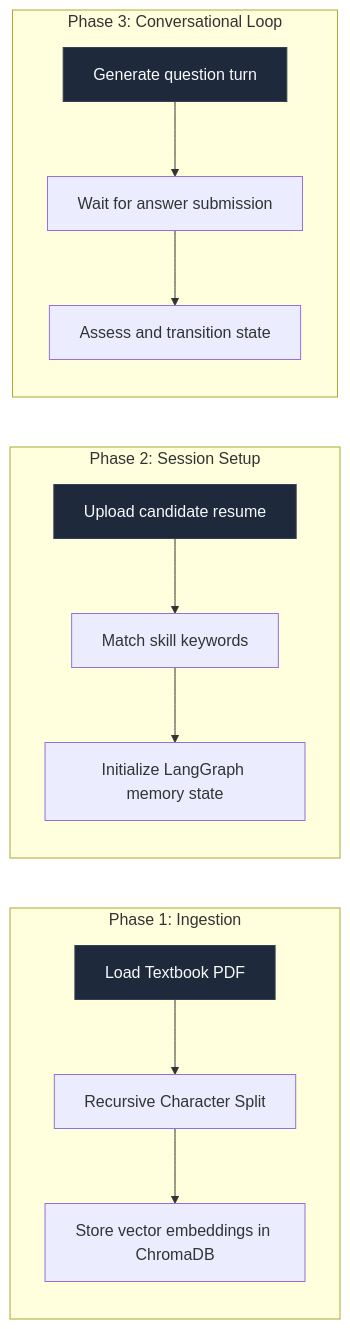
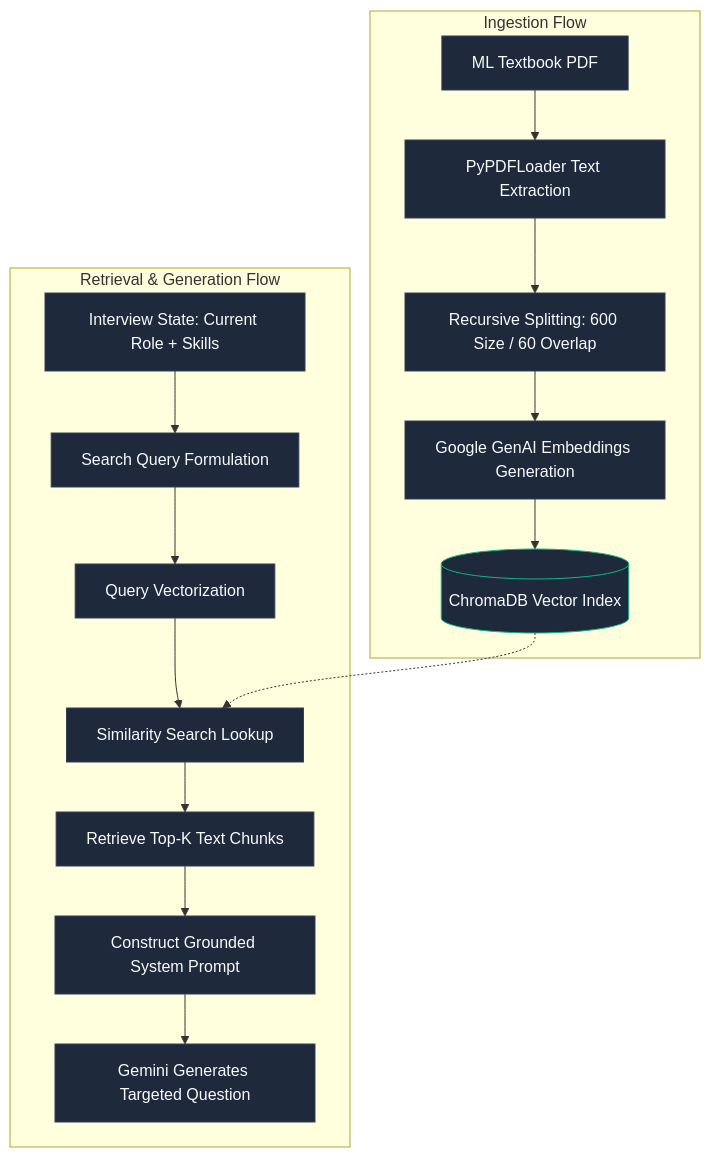
One commit to abhayshaw1601/AGI-Screener changed the third of 3 diagrams in README.md. Above: the diagram before and after it, drawn with Mermaid. The commit also changed other lines of this file, not shown here.

Commit message:
Docs: Replaced Screening Lifecycle flowchart with structured RAG Ingestion and Retrieval flowchart in README

````diff
--- a/README.md
+++ b/README.md
@@ -112,18 +112,22 @@
 ```mermaid
-graph LR
-    subgraph Phase 1: Ingestion
-        A1[Load Textbook PDF] --> A2[Recursive Character Split] --> A3[Store vector embeddings in ChromaDB]
+flowchart TD
+    classDef process fill:#1e293b,stroke:#334155,color:#f8fafc;
+    classDef storage fill:#1e293b,stroke:#10b981,color:#f8fafc;
+
+    subgraph Ingestion Flow
+        A1[ML Textbook PDF]:::process --> A2[PyPDFLoader Text Extraction]:::process
+        A2 --> A3[Recursive Splitting: 600 Size / 60 Overlap]:::process
+        A3 --> A4[Google GenAI Embeddings Generation]:::process
+        A4 --> A5[(ChromaDB Vector Index)]:::storage
     end
 
-    subgraph Phase 2: Session Setup
-        B1[Upload candidate resume] --> B2[Match skill keywords] --> B3[Initialize LangGraph memory state]
+    subgraph Retrieval & Generation Flow
+        B1[Interview State: Current Role + Skills]:::process --> B2[Search Query Formulation]:::process
+        B2 --> B3[Query Vectorization]:::process
+        B3 --> B4[Similarity Search Lookup]:::process
+        A5 -.-> B4
+        B4 --> B5[Retrieve Top-K Text Chunks]:::process
+        B5 --> B6[Construct Grounded System Prompt]:::process
+        B6 --> B7[Gemini Generates Targeted Question]:::process
     end
-
-    subgraph Phase 3: Conversational Loop
-        C1[Generate question turn] --> C2[Wait for answer submission] --> C3[Assess and transition state]
-    end
-
-    style A1 fill:#1e293b,stroke:#334155,color:#f8fafc
-    style B1 fill:#1e293b,stroke:#334155,color:#f8fafc
-    style C1 fill:#1e293b,stroke:#334155,color:#f8fafc
 ```
````
